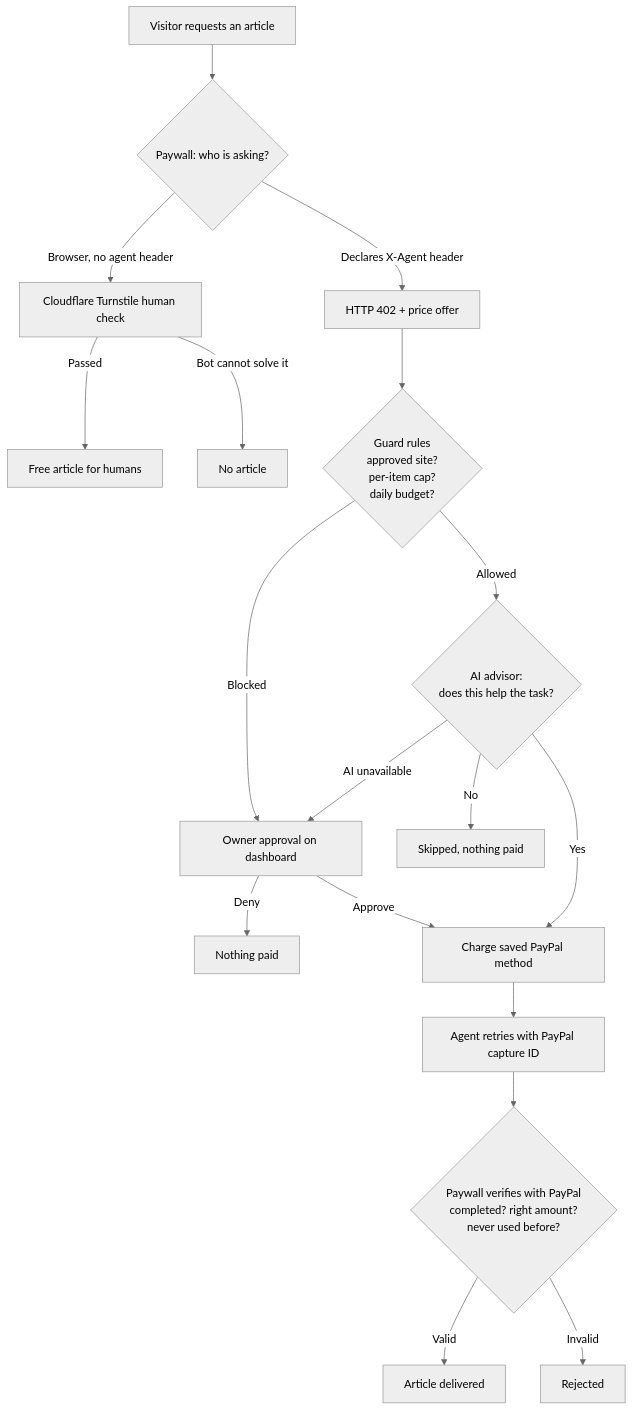
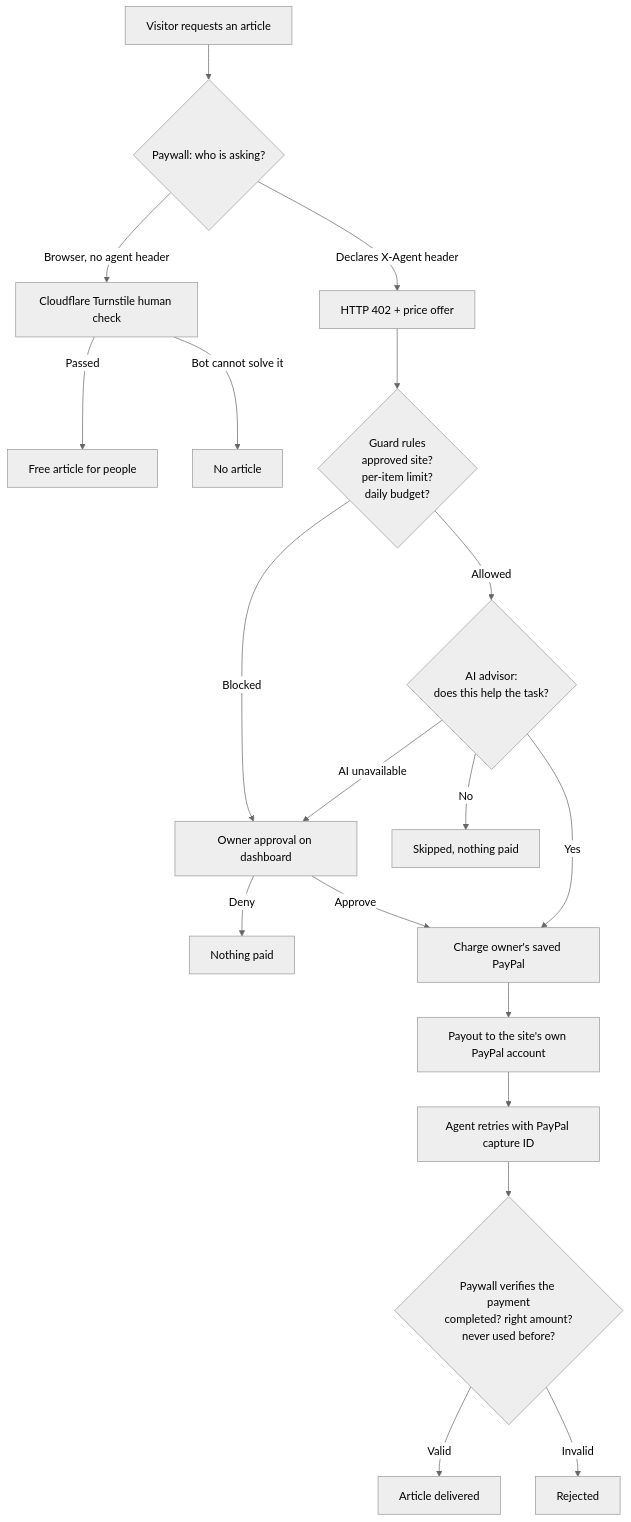
One commit to Swarna2503/ai-spend-guard changed the first of 3 diagrams in README.md. Above: the diagram before and after it, drawn with Mermaid (neutral theme). The commit also changed other lines of this file and 1 other file, not shown here.

````diff
--- a/README.md
+++ b/README.md
@@ -46,25 +47,26 @@
 ```mermaid
 flowchart TD
     V[Visitor requests an article] --> W{Paywall: who is asking?}
 
     W -->|Browser, no agent header| T[Cloudflare Turnstile human check]
-    T -->|Passed| FREE[Free article for humans]
+    T -->|Passed| FREE[Free article for people]
     T -->|Bot cannot solve it| STOP[No article]
 
     W -->|Declares X-Agent header| O[HTTP 402 + price offer]
-    O --> R{Guard rules<br/>approved site?<br/>per-item cap?<br/>daily budget?}
+    O --> R{Guard rules<br/>approved site?<br/>per-item limit?<br/>daily budget?}
 
     R -->|Blocked| H[Owner approval on dashboard]
     H -->|Deny| NO[Nothing paid]
-    H -->|Approve| PAY[Charge saved PayPal method]
+    H -->|Approve| PAY[Charge owner's saved PayPal]
 
     R -->|Allowed| AI{AI advisor:<br/>does this help the task?}
     AI -->|No| SKIP[Skipped, nothing paid]
     AI -->|AI unavailable| H
     AI -->|Yes| PAY
 
-    PAY --> PROOF[Agent retries with PayPal capture ID]
-    PROOF --> CHECK{Paywall verifies with PayPal<br/>completed? right amount?<br/>never used before?}
+    PAY --> OUT[Payout to the site's own PayPal account]
+    OUT --> PROOF[Agent retries with PayPal capture ID]
+    PROOF --> CHECK{Paywall verifies the payment<br/>completed? right amount?<br/>never used before?}
     CHECK -->|Valid| ART[Article delivered]
     CHECK -->|Invalid| REJ[Rejected]
 ```
````
